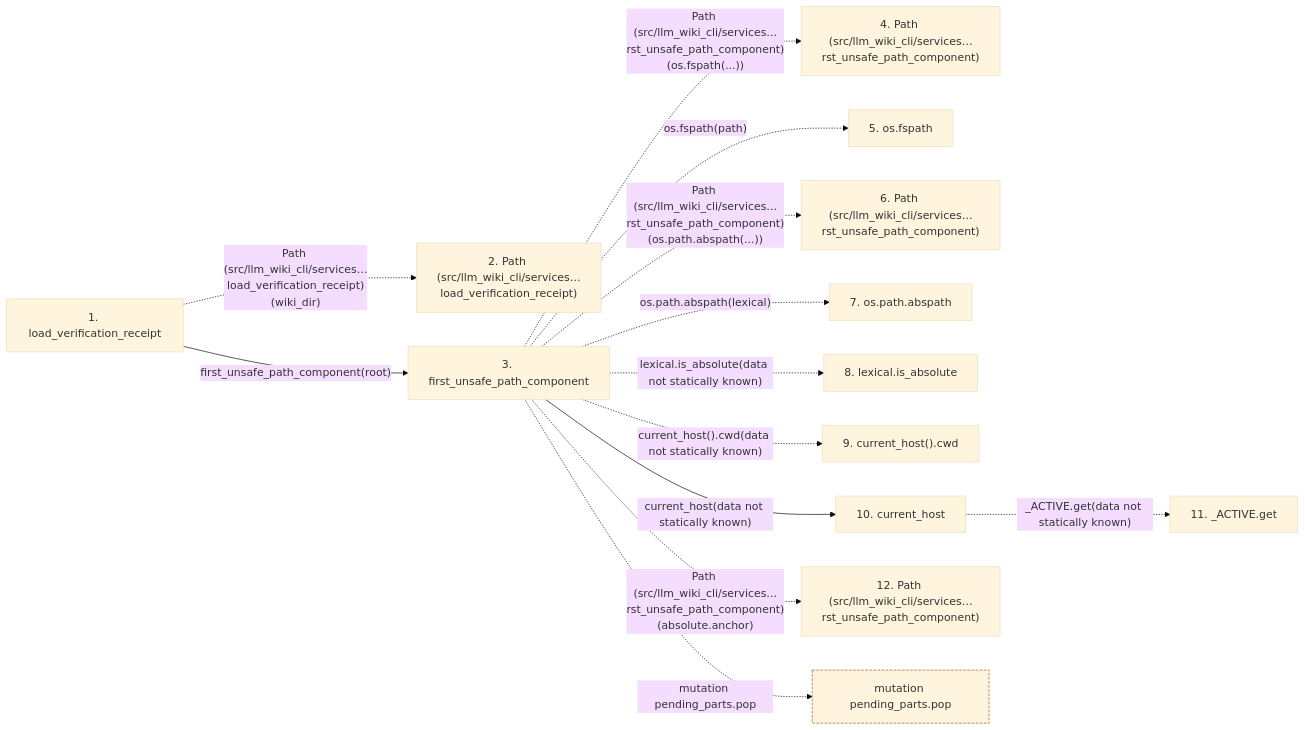
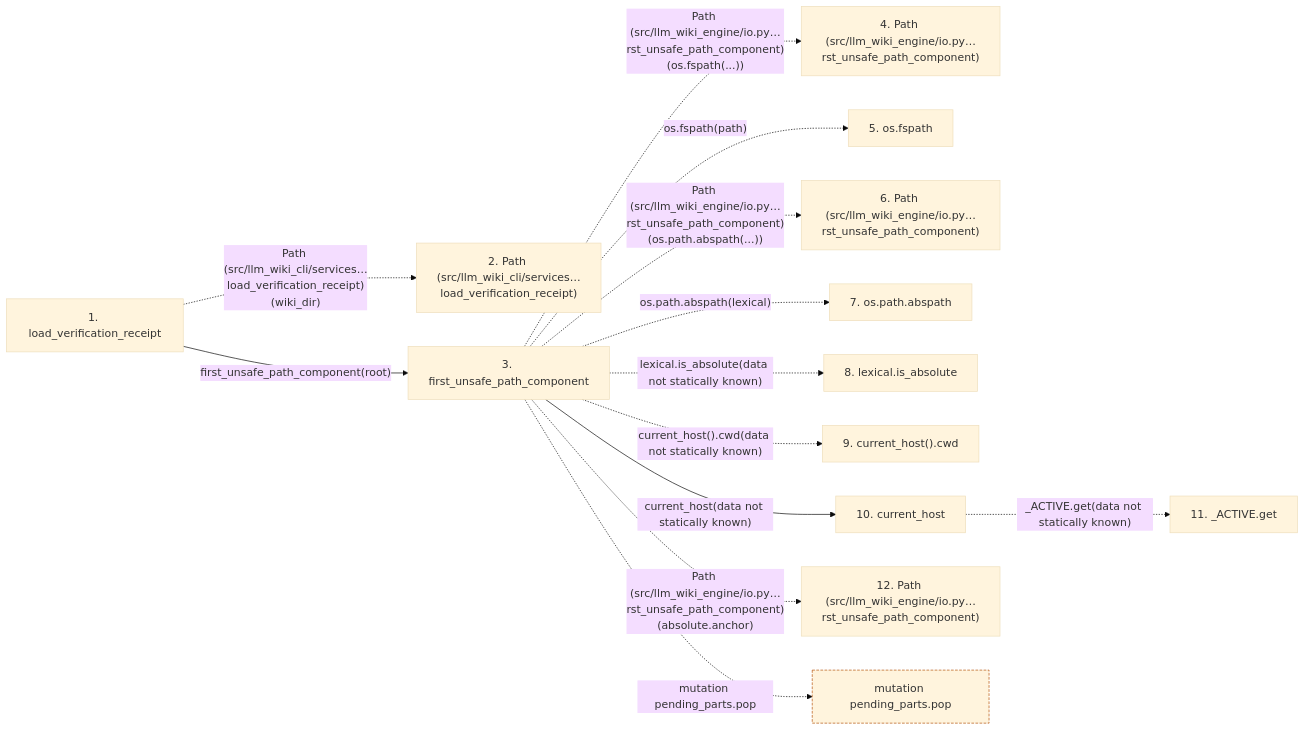
One commit to Denissvgn/python-wiki-llm changed the second of 2 diagrams in docs/llm_wiki/flows/api-load_verification_receipt.md. Above: the diagram before and after it, drawn with Mermaid (base theme). The commit also changed other lines of this file and 739 other files, not shown here.

First line of the commit message:
docs: refresh the wiki for the second engine batch

````diff
--- a/docs/llm_wiki/flows/api-load_verification_receipt.md
+++ b/docs/llm_wiki/flows/api-load_verification_receipt.md
@@ -138,33 +138,33 @@
 ```mermaid
 flowchart LR
     s1["1. load_verification_receipt"]
     s2["2. Path (src/llm_wiki_cli/services…load_verification_receipt)"]
     s3["3. first_unsafe_path_component"]
-    s4["4. Path (src/llm_wiki_cli/services…rst_unsafe_path_component)"]
+    s4["4. Path (src/llm_wiki_engine/io.py…rst_unsafe_path_component)"]
     s5["5. os.fspath"]
-    s6["6. Path (src/llm_wiki_cli/services…rst_unsafe_path_component)"]
+    s6["6. Path (src/llm_wiki_engine/io.py…rst_unsafe_path_component)"]
     s7["7. os.path.abspath"]
     s8["8. lexical.is_absolute"]
     s9["9. current_host().cwd"]
     s10["10. current_host"]
     s11["11. _ACTIVE.get"]
-    s12["12. Path (src/llm_wiki_cli/services…rst_unsafe_path_component)"]
+    s12["12. Path (src/llm_wiki_engine/io.py…rst_unsafe_path_component)"]
     s1 -. "Path (src/llm_wiki_cli/services…load_verification_receipt)(wiki_dir)" .-> s2
     s1 -->|"first_unsafe_path_component(root)"| s3
-    s3 -. "Path (src/llm_wiki_cli/services…rst_unsafe_path_component)(os.fspath(...))" .-> s4
+    s3 -. "Path (src/llm_wiki_engine/io.py…rst_unsafe_path_component)(os.fspath(...))" .-> s4
     s3 -. "os.fspath(path)" .-> s5
-    s3 -. "Path (src/llm_wiki_cli/services…rst_unsafe_path_component)(os.path.abspath(...))" .-> s6
+    s3 -. "Path (src/llm_wiki_engine/io.py…rst_unsafe_path_component)(os.path.abspath(...))" .-> s6
     s3 -. "os.path.abspath(lexical)" .-> s7
     s3 -. "lexical.is_absolute(data not statically known)" .-> s8
     s3 -. "current_host().cwd(data not statically known)" .-> s9
     s3 -->|"current_host(data not statically known)"| s10
     s10 -. "_ACTIVE.get(data not statically known)" .-> s11
-    s3 -. "Path (src/llm_wiki_cli/services…rst_unsafe_path_component)(absolute.anchor)" .-> s12
+    s3 -. "Path (src/llm_wiki_engine/io.py…rst_unsafe_path_component)(absolute.anchor)" .-> s12
     b0["mutation pending_parts.pop"]
     s3 -. "mutation pending_parts.pop" .-> b0
     click s1 "../modules/verification_contracts.md"
     click s3 "../modules/io.md"
     click s10 "../modules/host.md"
     classDef boundary stroke:#b45309,stroke-dasharray: 4 2
     class b0 boundary
 ```
````
